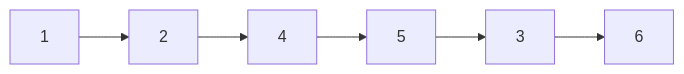
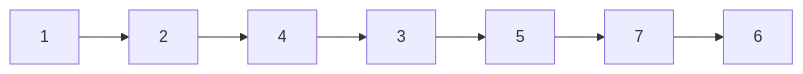
Before and after one commit to ilksh/Algorithm-template: the second of 4 diagrams in C++/Binary Tree/Binary Tree visualize.md, drawn with Mermaid. The commit also changed other lines of this file, not shown here.

````diff
--- a/C++/Binary Tree/Binary Tree visualize.md
+++ b/C++/Binary Tree/Binary Tree visualize.md
@@ -14,4 +20,4 @@
 ```mermaid
 graph LR;
-  1-->2-->4-->5-->3-->6;
+  1-->2-->4-->3-->5-->7-->6;
 ```
````
